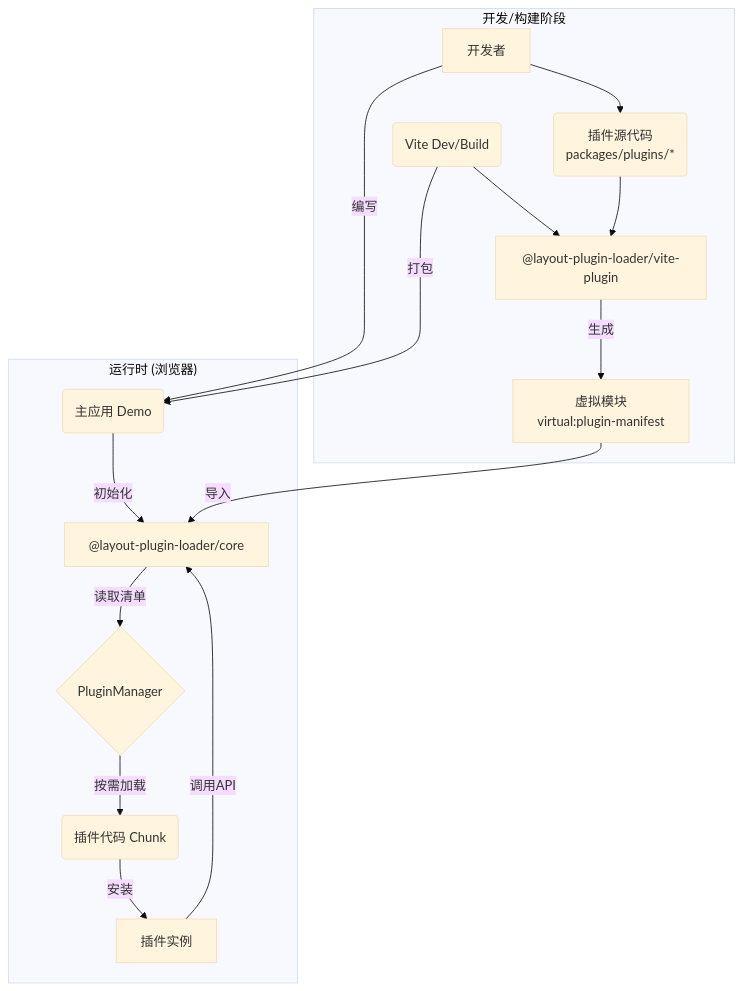
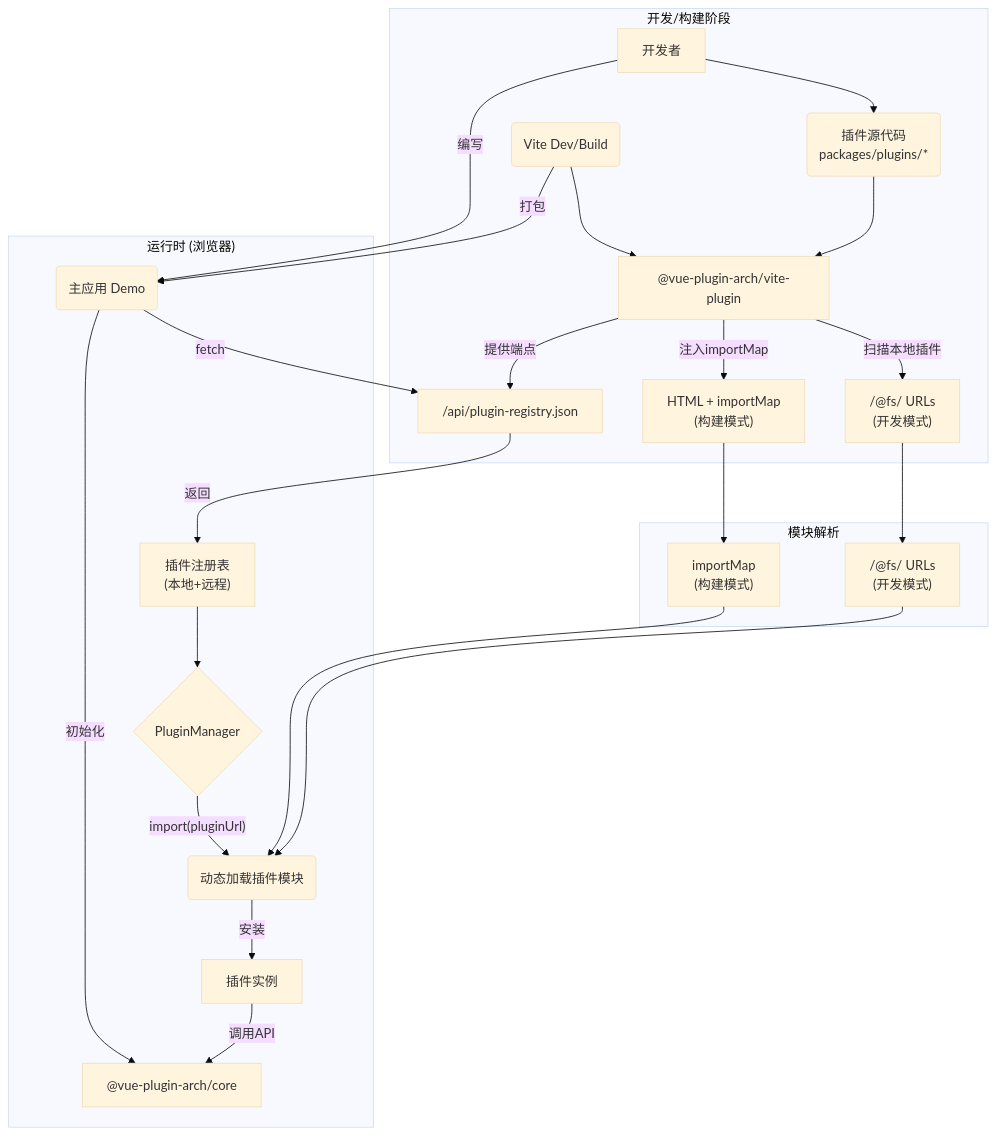
Before and after one commit to hllshiro/vue-plugin-architecture: the diagram in docs/architecture-overview.md, drawn with Mermaid (base theme). The commit also changed other lines of this file and 4 other files, not shown here.

Commit message:
docs(architecture): Update documentation for dynamic plugin loading mechanism

````diff
--- a/docs/architecture-overview.md
+++ b/docs/architecture-overview.md
@@ -48,21 +49,31 @@
 ```mermaid
 graph TD
     subgraph "开发/构建阶段"
         A[开发者] --> B("插件源代码<br/>packages/plugins/*");
-        C("Vite Dev/Build") --> D["@layout-plugin-loader/vite-plugin"];
+        C("Vite Dev/Build") --> D["@vue-plugin-arch/vite-plugin"];
         B --> D;
-        D -- 生成 --> E["虚拟模块<br/>virtual:plugin-manifest"];
+        D -- 扫描本地插件 --> E["/@fs/ URLs<br/>(开发模式)"];
+        D -- 注入importMap --> F["HTML + importMap<br/>(构建模式)"];
+        D -- 提供端点 --> G["/api/plugin-registry.json"];
     end
 
     subgraph "运行时 (浏览器)"
-        F("主应用 Demo") -- 初始化 --> G["@layout-plugin-loader/core"];
-        E -- 导入 --> G;
-        G -- 读取清单 --> H{PluginManager};
-        H -- 按需加载 --> I("插件代码 Chunk");
-        I -- 安装 --> J[插件实例];
-        J -- 调用API --> G;
+        H("主应用 Demo") -- fetch --> G;
+        G -- 返回 --> I["插件注册表<br/>(本地+远程)"];
+        H -- 初始化 --> J["@vue-plugin-arch/core"];
+        I --> K{PluginManager};
+        K -- "import(pluginUrl)" --> L("动态加载插件模块");
+        L -- 安装 --> M[插件实例];
+        M -- 调用API --> J;
     end
 
-    A -- 编写 --> F;
-    C -- 打包 --> F;
+    subgraph "模块解析"
+        N["importMap<br/>(构建模式)"] --> L;
+        O["/@fs/ URLs<br/>(开发模式)"] --> L;
+    end
+
+    A -- 编写 --> H;
+    C -- 打包 --> H;
+    E --> O;
+    F --> N;
 ```
````
